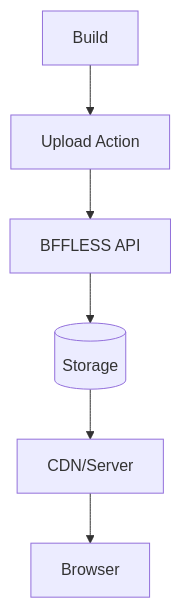
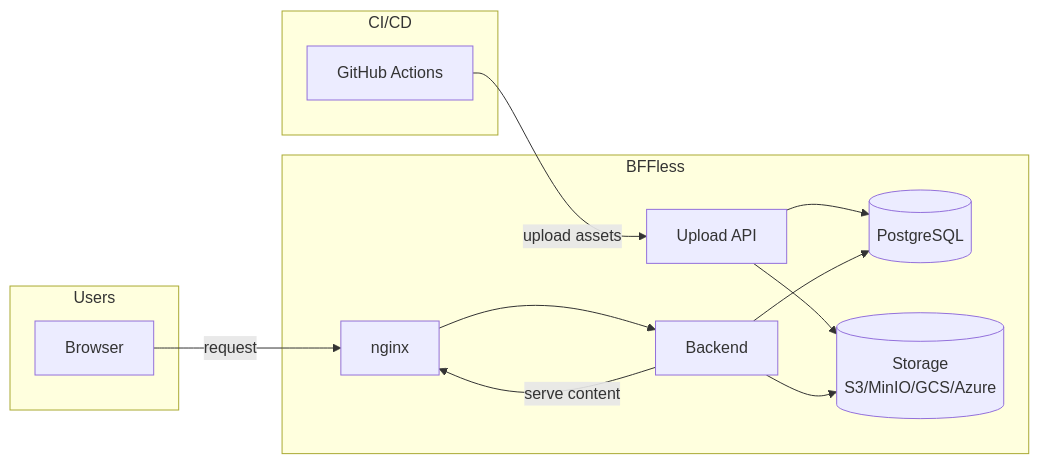
The diagram in profile/README.md (bffless/.github), drawn with Mermaid before and after one commit.

Commit message:
Use detailed architecture diagram from docs

````diff
--- a/profile/README.md
+++ b/profile/README.md
@@ -21,8 +21,28 @@
 ```mermaid
-flowchart TB
-    A[Build] --> B[Upload Action]
-    B --> C[BFFLESS API]
-    C --> D[(Storage)]
-    D --> E[CDN/Server]
-    E --> F[Browser]
+flowchart LR
+    subgraph CI/CD
+        GHA[GitHub Actions]
+    end
+
+    subgraph BFFless
+        API[Upload API]
+        nginx[nginx]
+        Backend[Backend]
+        DB[(PostgreSQL)]
+        Storage[(Storage<br/>S3/MinIO/GCS/Azure)]
+    end
+
+    subgraph Users
+        Browser[Browser]
+    end
+
+    GHA -->|upload assets| API
+    API --> Storage
+    API --> DB
+
+    Browser -->|request| nginx
+    nginx --> Backend
+    Backend --> DB
+    Backend --> Storage
+    Backend -->|serve content| nginx
 ```
````
